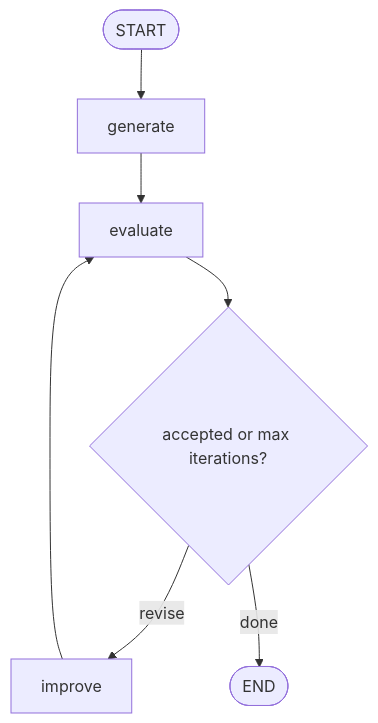
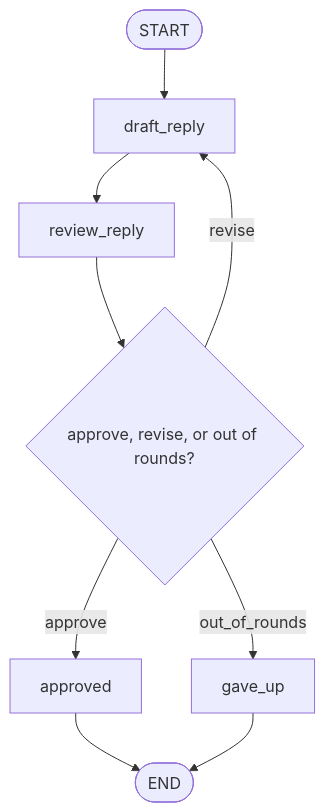
One commit to Walid-Ahmed/langgraph-tutorials changed diagram 16 of 21 in Exercise-Solutions/README.md. Above: the diagram before and after it, drawn with Mermaid. The commit also changed other lines of this file and 11 other files, not shown here.

````diff
--- a/Exercise-Solutions/README.md
+++ b/Exercise-Solutions/README.md
@@ -225,7 +225,8 @@
 ```mermaid
 flowchart TD
-    START([START]) --> GENERATE["generate"] --> EVALUATE["evaluate"]
-    EVALUATE --> ROUTE{"accepted or max iterations?"}
-    ROUTE -->|revise| IMPROVE["improve"] --> EVALUATE
-    ROUTE -->|done| END([END])
+    START([START]) --> DRAFT["draft_reply"] --> REVIEW["review_reply"]
+    REVIEW --> ROUTE{"approve, revise, or out of rounds?"}
+    ROUTE -->|revise| DRAFT
+    ROUTE -->|approve| OK["approved"] --> END([END])
+    ROUTE -->|out_of_rounds| GAVE["gave_up"] --> END
 ```
````
